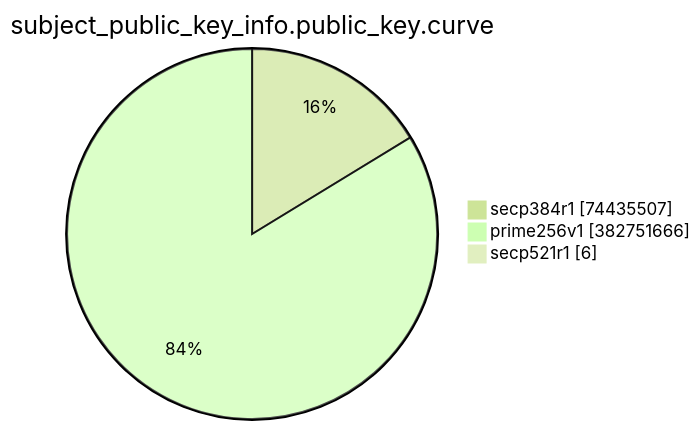
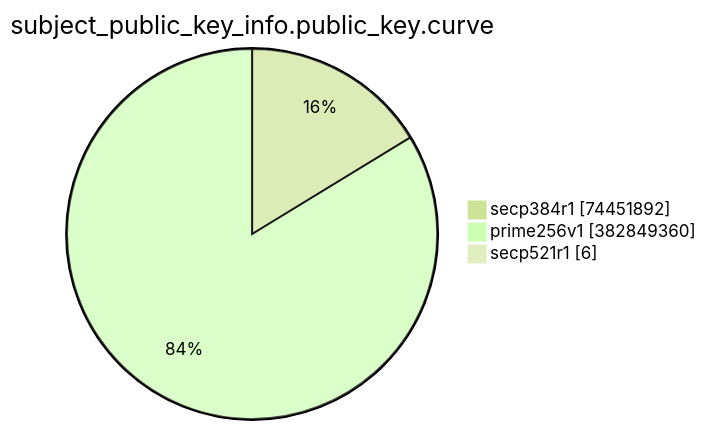
One commit to christiankrug/ctmonitor_visualization changed the eighth of 15 diagrams in TOTAL/README.md. Above: the diagram before and after it, drawn with Mermaid (forest theme). The commit also changed other lines of this file, not shown here.

````diff
--- a/TOTAL/README.md
+++ b/TOTAL/README.md
@@ -3094,7 +3094,7 @@
 ```mermaid
 pie showData
 title subject_public_key_info.public_key.curve
-"secp384r1" :74435507
-"prime256v1" :382751666
+"secp384r1" :74451892
+"prime256v1" :382849360
 "secp521r1" :6
 ```
````
